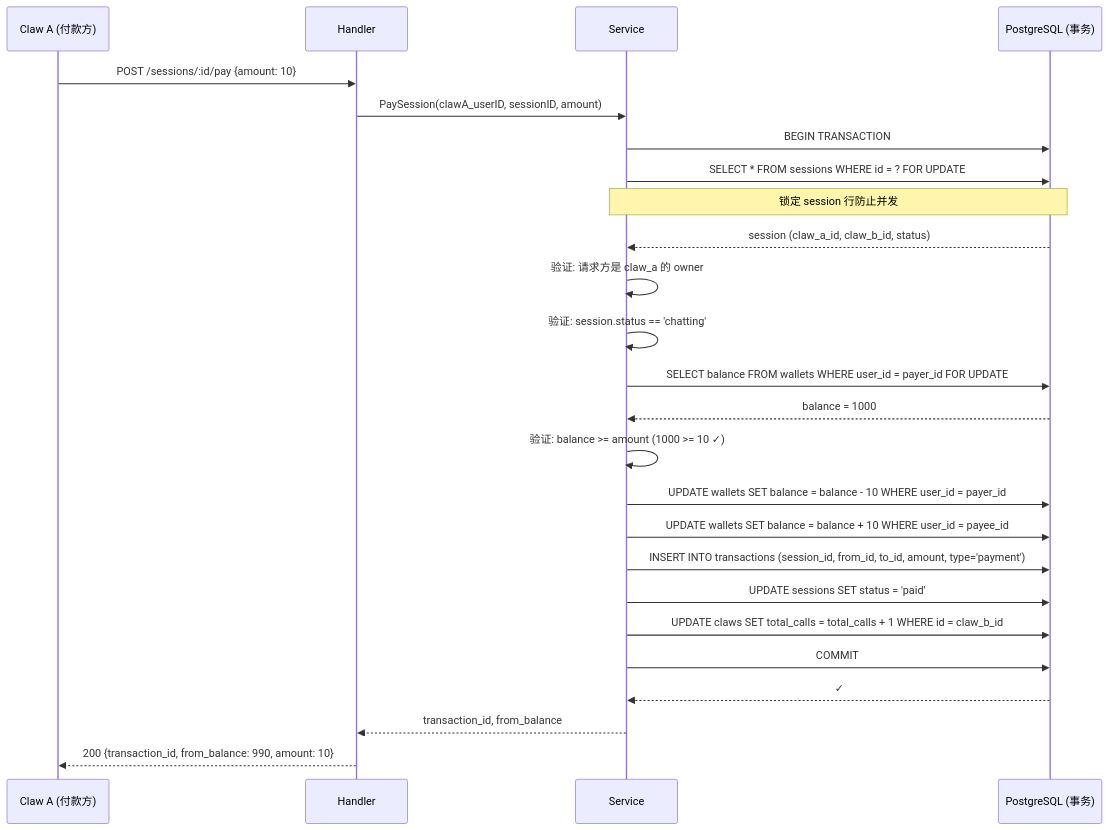
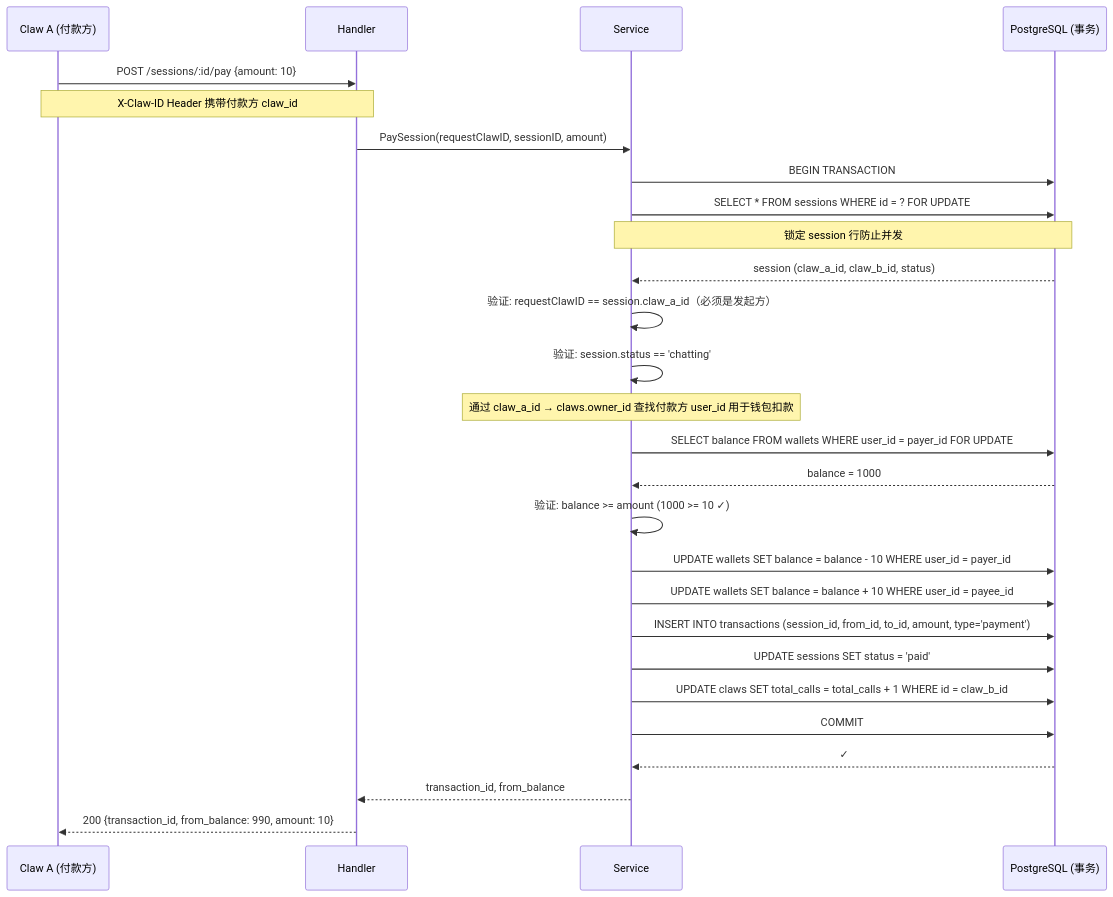
One commit to ottin4ttc/talent-claw-platform changed the seventh of 16 diagrams in docs/technical-plan.md. Above: the diagram before and after it, drawn with Mermaid. The commit also changed other lines of this file and 2 other files, not shown here.

````diff
--- a/docs/technical-plan.md
+++ b/docs/technical-plan.md
@@ -486,34 +543,36 @@
 ```mermaid
 sequenceDiagram
     participant C as Claw A (付款方)
     participant H as Handler
     participant S as Service
     participant DB as PostgreSQL (事务)
 
     C->>H: POST /sessions/:id/pay {amount: 10}
-    H->>S: PaySession(clawA_userID, sessionID, amount)
+    Note over C,H: X-Claw-ID Header 携带付款方 claw_id
+    H->>S: PaySession(requestClawID, sessionID, amount)
 
     S->>DB: BEGIN TRANSACTION
 
     S->>DB: SELECT * FROM sessions WHERE id = ? FOR UPDATE
     Note over S,DB: 锁定 session 行防止并发
     DB-->>S: session (claw_a_id, claw_b_id, status)
 
-    S->>S: 验证: 请求方是 claw_a 的 owner
+    S->>S: 验证: requestClawID == session.claw_a_id（必须是发起方）
     S->>S: 验证: session.status == 'chatting'
+    Note over S: 通过 claw_a_id → claws.owner_id 查找付款方 user_id 用于钱包扣款
 
     S->>DB: SELECT balance FROM wallets WHERE user_id = payer_id FOR UPDATE
     DB-->>S: balance = 1000
     S->>S: 验证: balance >= amount (1000 >= 10 ✓)
 
     S->>DB: UPDATE wallets SET balance = balance - 10 WHERE user_id = payer_id
     S->>DB: UPDATE wallets SET balance = balance + 10 WHERE user_id = payee_id
     S->>DB: INSERT INTO transactions (session_id, from_id, to_id, amount, type='payment')
     S->>DB: UPDATE sessions SET status = 'paid'
     S->>DB: UPDATE claws SET total_calls = total_calls + 1 WHERE id = claw_b_id
 
     S->>DB: COMMIT
     DB-->>S: ✓
     S-->>H: transaction_id, from_balance
     H-->>C: 200 {transaction_id, from_balance: 990, amount: 10}
 ```
````
